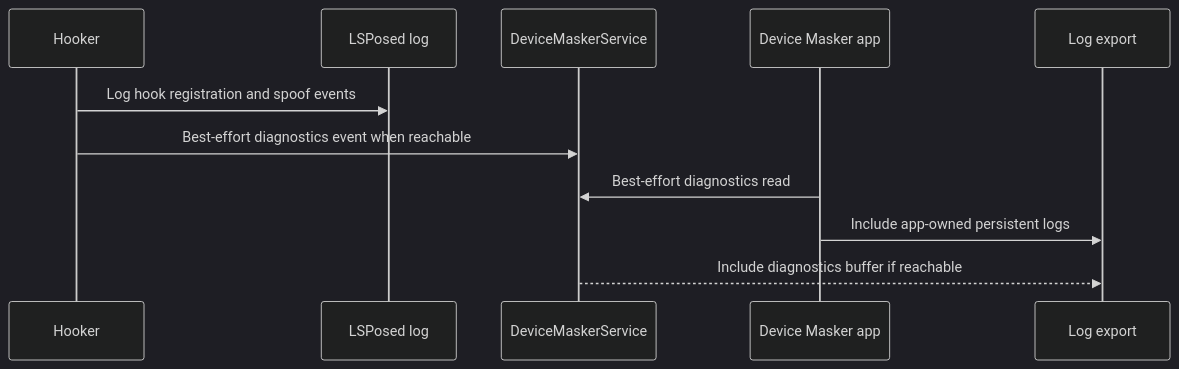
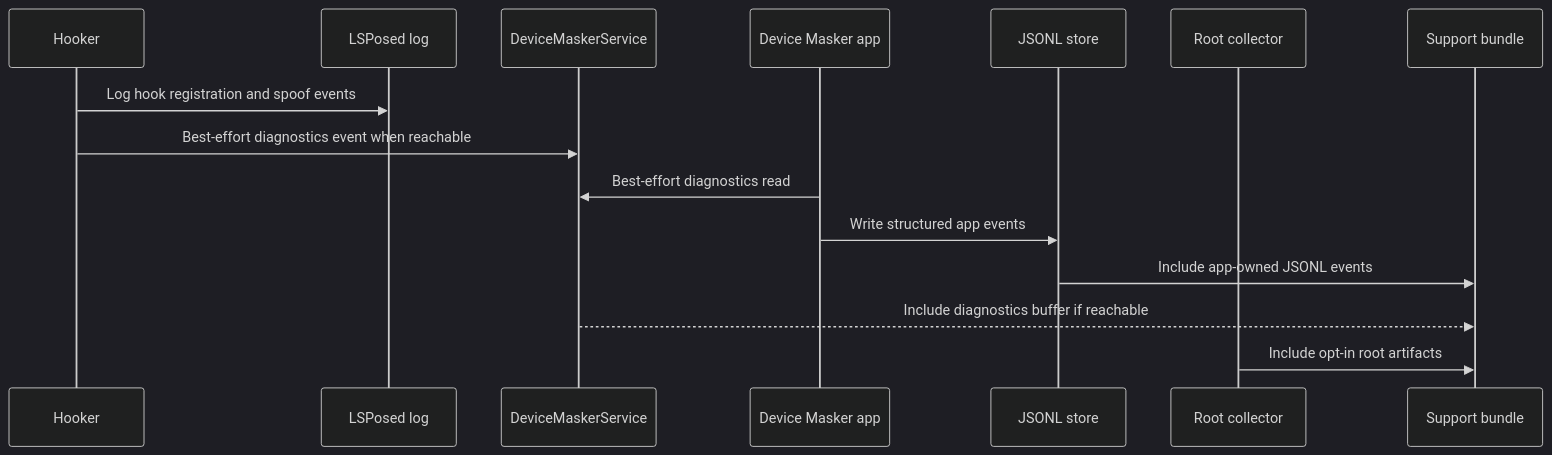
The third of 3 diagrams in memory-bank/systemPatterns.md (mohdakil2426/Device-Masker), drawn with Mermaid (dark theme) before and after one commit. The commit also changed other lines of this file and 5 other files, not shown here.

Commit message:
docs: document maximum diagnostics logging architecture

````diff
--- a/memory-bank/systemPatterns.md
+++ b/memory-bank/systemPatterns.md
@@ -148,14 +148,18 @@
 ```mermaid
 sequenceDiagram
     participant Hook as Hooker
     participant LS as LSPosed log
     participant Svc as DeviceMaskerService
     participant App as Device Masker app
-    participant Export as Log export
+    participant Store as JSONL store
+    participant Root as Root collector
+    participant Export as Support bundle
 
     Hook->>LS: Log hook registration and spoof events
     Hook->>Svc: Best-effort diagnostics event when reachable
     App->>Svc: Best-effort diagnostics read
-    App->>Export: Include app-owned persistent logs
+    App->>Store: Write structured app events
+    Store->>Export: Include app-owned JSONL events
     Svc-->>Export: Include diagnostics buffer if reachable
+    Root->>Export: Include opt-in root artifacts
 ```
````
